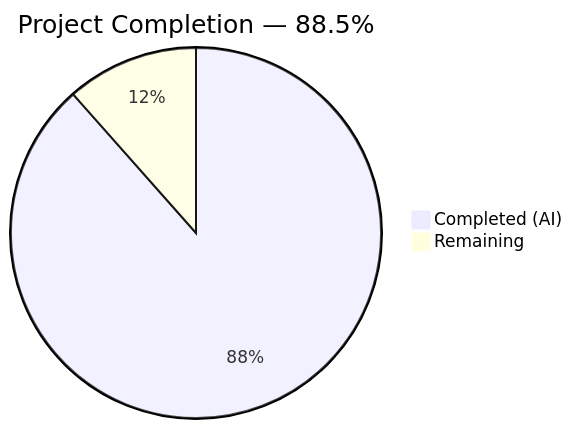
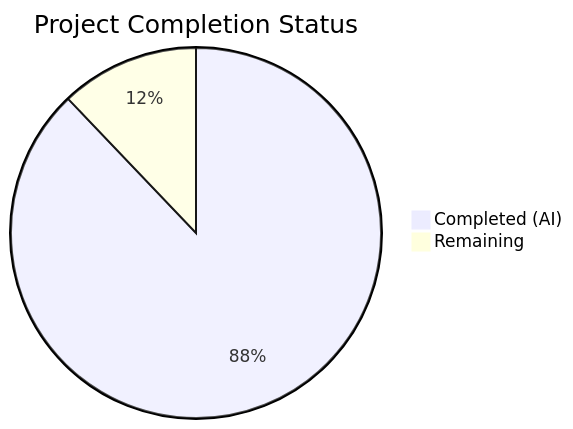
The first of 2 diagrams in blitzy/documentation/Project Guide.md (sudhanshu-spec/test-spec), drawn with Mermaid before and after one commit. The commit also changed other lines of this file, not shown here.

Commit message:
Adding Blitzy Project Guide: Project Status and Human Tasks Remaining

````diff
--- a/blitzy/documentation/Project Guide.md
+++ b/blitzy/documentation/Project Guide.md
@@ -13,5 +15,5 @@
 ```mermaid
-pie title Project Completion — 88.5%
-    "Completed (AI)" : 23
-    "Remaining" : 3
+pie title Project Completion Status
+    "Completed (AI)" : 29
+    "Remaining" : 4
 ```
````
